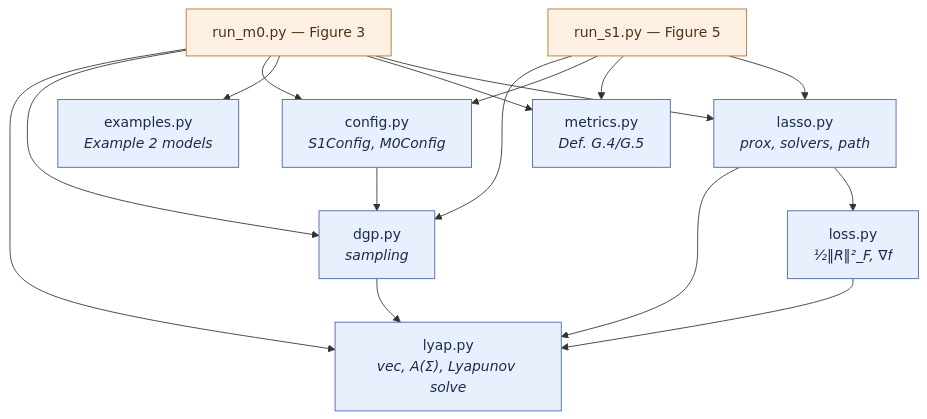
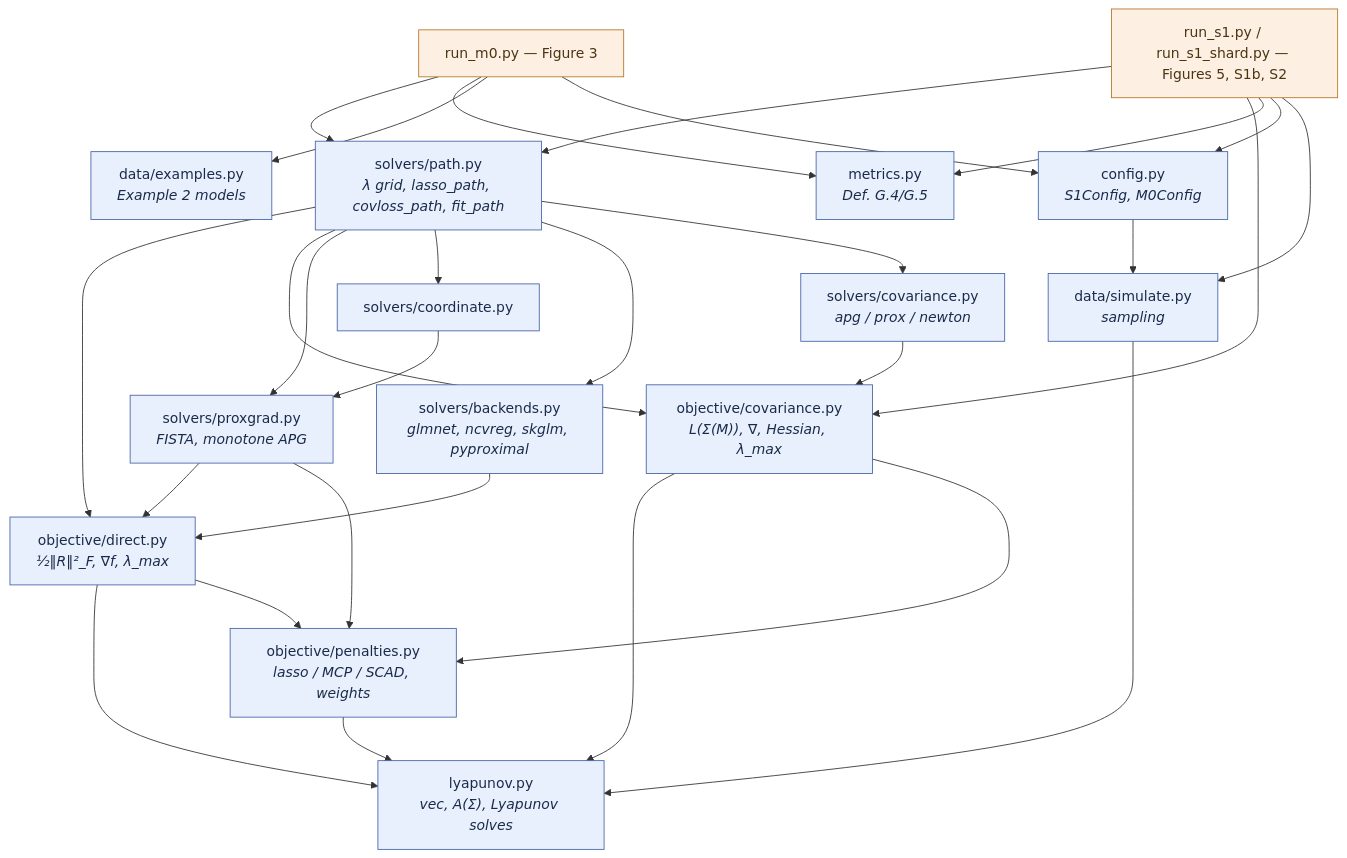
Before and after one commit to rlawnsiiiii/Nonconvex-penalties-for-Graphical-Continuous-Lyapunov-Models: the first of 6 diagrams in ARCHITECTURE.md, drawn with Mermaid. The commit also changed other lines of this file and 48 other files, not shown here.

Commit message:
repo restructuring, running mcp/scad against quadratic/frobenius losses and likelihood (pilot)

````diff
--- a/ARCHITECTURE.md
+++ b/ARCHITECTURE.md
@@ -70,34 +94,52 @@
 ```mermaid
 graph TD
-    lyap["lyap.py<br/><i>vec, A(Σ), Lyapunov solve</i>"]
-    loss["loss.py<br/><i>½‖R‖²_F, ∇f</i>"]
-    lasso["lasso.py<br/><i>prox, solvers, path</i>"]
-    dgp["dgp.py<br/><i>sampling</i>"]
+    lyap["lyapunov.py<br/><i>vec, A(Σ), Lyapunov solves</i>"]
+    simulate["data/simulate.py<br/><i>sampling</i>"]
+    examples["data/examples.py<br/><i>Example 2 models</i>"]
+    penalties["objective/penalties.py<br/><i>lasso / MCP / SCAD, weights</i>"]
+    direct["objective/direct.py<br/><i>½‖R‖²_F, ∇f, λ_max</i>"]
+    covariance["objective/covariance.py<br/><i>L(Σ(M)), ∇, Hessian, λ_max</i>"]
+    proxgrad["solvers/proxgrad.py<br/><i>FISTA, monotone APG</i>"]
+    coordinate["solvers/coordinate.py"]
+    backends["solvers/backends.py<br/><i>glmnet, ncvreg, skglm, pyproximal</i>"]
+    covsolve["solvers/covariance.py<br/><i>apg / prox / newton</i>"]
+    path["solvers/path.py<br/><i>λ grid, lasso_path, covloss_path, fit_path</i>"]
     metrics["metrics.py<br/><i>Def. G.4/G.5</i>"]
-    examples["examples.py<br/><i>Example 2 models</i>"]
     config["config.py<br/><i>S1Config, M0Config</i>"]
 
-    loss --> lyap
-    lasso --> loss
-    lasso --> lyap
-    dgp --> lyap
-    config --> dgp
+    penalties --> lyap
+    direct --> lyap
+    direct --> penalties
+    covariance --> lyap
+    covariance --> penalties
+    simulate --> lyap
+    config --> simulate
+    proxgrad --> direct
+    proxgrad --> penalties
+    coordinate --> proxgrad
+    backends --> direct
+    covsolve --> covariance
+    path --> direct
+    path --> covariance
+    path --> proxgrad
+    path --> coordinate
+    path --> backends
+    path --> covsolve
 
     m0["run_m0.py — Figure 3"]
-    s1["run_s1.py — Figure 5"]
-    m0 --> lasso
+    s1["run_s1.py / run_s1_shard.py — Figures 5, S1b, S2"]
+    m0 --> path
     m0 --> metrics
     m0 --> examples
     m0 --> config
-    m0 --> dgp
-    m0 --> lyap
-    s1 --> lasso
+    s1 --> path
+    s1 --> covariance
     s1 --> metrics
     s1 --> config
-    s1 --> dgp
+    s1 --> simulate
 
     classDef core fill:#e8f0fe,stroke:#4864a8,color:#1a2b4a
     classDef driver fill:#fdf0e3,stroke:#b5762a,color:#4a3413
-    class lyap,loss,lasso,dgp,metrics,examples,config core
+    class lyap,simulate,examples,penalties,direct,covariance,proxgrad,coordinate,backends,covsolve,path,metrics,config core
     class m0,s1 driver
 ```
````
